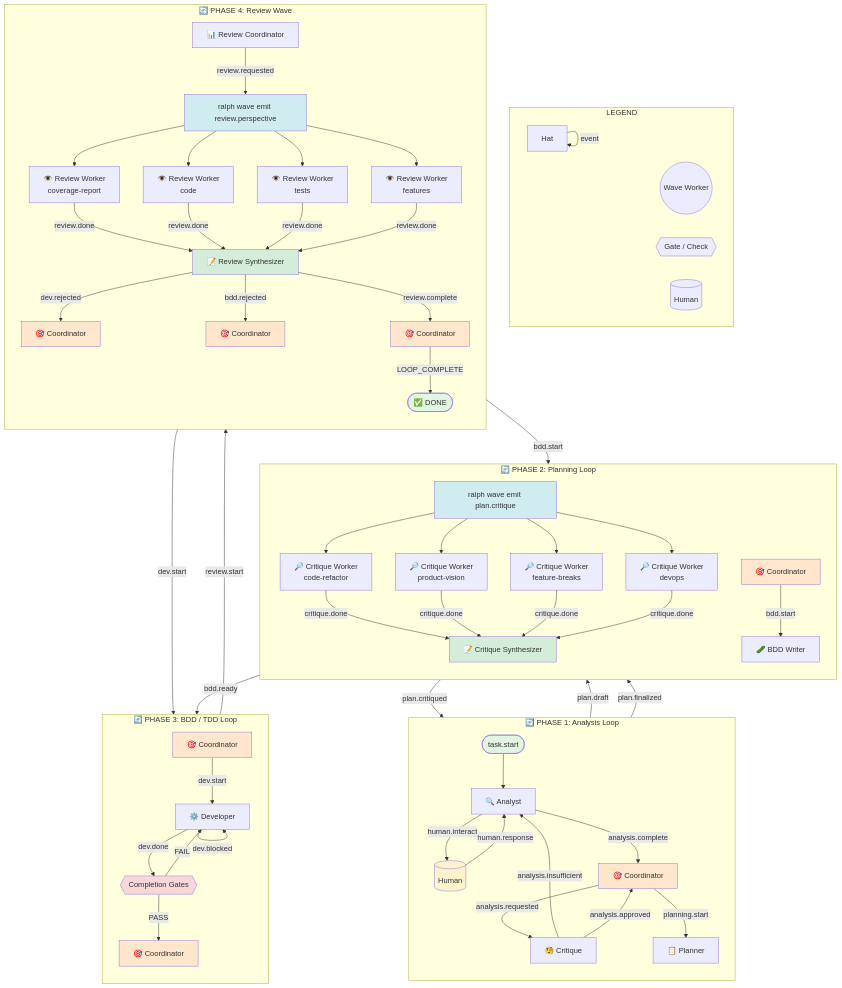
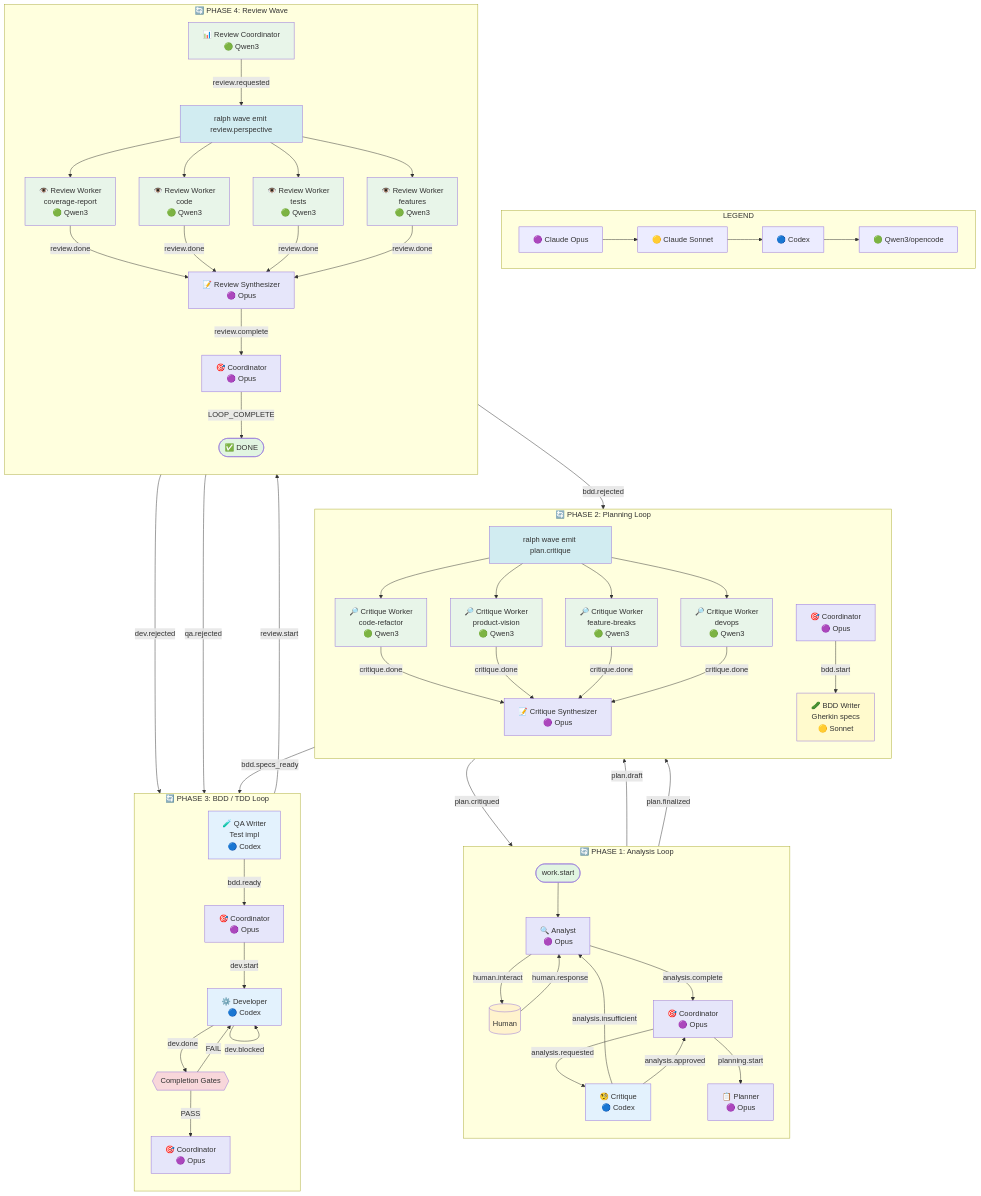
Before and after one commit to zsedem/ulf-orchestrator: the diagram in presets/enterprise-dev-pipeline-graph.md, drawn with Mermaid. The commit also changed other lines of this file, not shown here.

Commit message:
docs(presets): update Enterprise Dev Pipeline graph with backends
- Add backend legend (Opus, Sonnet, Codex, Qwen3)
- Color-code all hats by backend in Mermaid diagram
- Show BDD Writer → QA Writer split with bdd.specs_ready event
- Update rejection routing: dev.rejected → Developer, qa.rejected → QA Writer, bdd.rejected → BDD Writer
- Add Backend Call Estimate table
- Update Loops Summary, Event Flow, and Coordinator Routing tables

````diff
--- a/presets/enterprise-dev-pipeline-graph.md
+++ b/presets/enterprise-dev-pipeline-graph.md
@@ -4,19 +13,18 @@
 flowchart TD
     subgraph LEGEND
         direction LR
-        H[Hat] -->|event| H
-        W((Wave Worker))
-        G{{Gate / Check}}
-        HU[(Human)]
+        OPUS["🟣 Claude Opus"] --> SONNET["🟡 Claude Sonnet"]
+        SONNET --> CODEX["🔵 Codex"]
+        CODEX --> QWEN3["🟢 Qwen3/opencode"]
     end
 
     subgraph PHASE1["🔄 PHASE 1: Analysis Loop"]
         direction TB
-        START([task.start]) --> ANALYST["🔍 Analyst"]
+        START([work.start]) --> ANALYST["🔍 Analyst<br/>🟣 Opus"]
         ANALYST -->|human.interact| HU1[(Human)]
         HU1 -->|human.response| ANALYST
-        ANALYST -->|analysis.complete| COORD1["🎯 Coordinator"]
-        COORD1 -->|analysis.requested| CRITIQUE["🧐 Critique"]
+        ANALYST -->|analysis.complete| COORD1["🎯 Coordinator<br/>🟣 Opus"]
+        COORD1 -->|analysis.requested| CRITIQUE["🧐 Critique<br/>🔵 Codex"]
         CRITIQUE -->|analysis.insufficient| ANALYST
         CRITIQUE -->|analysis.approved| COORD1
         COORD1 -->|planning.start| PLANNER
@@ -24,53 +32,53 @@
 
     subgraph PHASE2["🔄 PHASE 2: Planning Loop"]
         direction TB
-        PLANNER["📋 Planner"] -->|plan.draft| WAVE_DISPATCH1["ralph wave emit plan.critique"]
-        WAVE_DISPATCH1 --> CW1["🔎 Critique Worker<br/>code-refactor"]
-        WAVE_DISPATCH1 --> CW2["🔎 Critique Worker<br/>product-vision"]
-        WAVE_DISPATCH1 --> CW3["🔎 Critique Worker<br/>feature-breaks"]
-        WAVE_DISPATCH1 --> CW4["🔎 Critique Worker<br/>devops"]
+        PLANNER["📋 Planner<br/>🟣 Opus"] -->|plan.draft| WAVE_DISPATCH1["ralph wave emit plan.critique"]
+        WAVE_DISPATCH1 --> CW1["🔎 Critique Worker<br/>code-refactor<br/>🟢 Qwen3"]
+        WAVE_DISPATCH1 --> CW2["🔎 Critique Worker<br/>product-vision<br/>🟢 Qwen3"]
+        WAVE_DISPATCH1 --> CW3["🔎 Critique Worker<br/>feature-breaks<br/>🟢 Qwen3"]
+        WAVE_DISPATCH1 --> CW4["🔎 Critique Worker<br/>devops<br/>🟢 Qwen3"]
 
-        CW1 -->|critique.done| SYNTH1["📝 Critique Synthesizer"]
+        CW1 -->|critique.done| SYNTH1["📝 Critique Synthesizer<br/>🟣 Opus"]
         CW2 -->|critique.done| SYNTH1
         CW3 -->|critique.done| SYNTH1
         CW4 -->|critique.done| SYNTH1
 
         SYNTH1 -->|plan.critiqued| PLANNER
-        PLANNER -->|plan.finalized| COORD2["🎯 Coordinator"]
+        PLANNER -->|plan.finalized| COORD2["🎯 Coordinator<br/>🟣 Opus"]
         COORD2 -->|bdd.start| BDD_WRITER
     end
 
     subgraph PHASE3["🔄 PHASE 3: BDD / TDD Loop"]
         direction TB
-        BDD_WRITER["🥒 BDD Writer"] -->|bdd.ready| COORD3["🎯 Coordinator"]
-        COORD3 -->|dev.start| DEVELOPER["⚙️ Developer"]
+        BDD_WRITER["🥒 BDD Writer<br/>Gherkin specs<br/>🟡 Sonnet"] -->|bdd.specs_ready| QA_WRITER["🧪 QA Writer<br/>Test impl<br/>🔵 Codex"]
+        QA_WRITER -->|bdd.ready| COORD3["🎯 Coordinator<br/>🟣 Opus"]
+        COORD3 -->|dev.start| DEVELOPER["⚙️ Developer<br/>🔵 Codex"]
         DEVELOPER -->|dev.done| GATES{{Completion Gates}}
         GATES -->|FAIL| DEVELOPER
-        GATES -->|PASS| COORD4["🎯 Coordinator"]
+        GATES -->|PASS| COORD4["🎯 Coordinator<br/>🟣 Opus"]
         DEVELOPER -->|dev.blocked| DEVELOPER
     end
 
     subgraph PHASE4["🔄 PHASE 4: Review Wave"]
         direction TB
-        COORD4 -->|review.start| REVIEW_COORD["📊 Review Coordinator"]
+        COORD4 -->|review.start| REVIEW_COORD["📊 Review Coordinator<br/>🟢 Qwen3"]
         REVIEW_COORD -->|review.requested| WAVE_DISPATCH2["ralph wave emit review.perspective"]
-        WAVE_DISPATCH2 --> RW1["👁️ Review Worker<br/>coverage-report"]
-        WAVE_DISPATCH2 --> RW2["👁️ Review Worker<br/>code"]
-        WAVE_DISPATCH2 --> RW3["👁️ Review Worker<br/>tests"]
-        WAVE_DISPATCH2 --> RW4["👁️ Review Worker<br/>features"]
+        WAVE_DISPATCH2 --> RW1["👁️ Review Worker<br/>coverage-report<br/>🟢 Qwen3"]
+        WAVE_DISPATCH2 --> RW2["👁️ Review Worker<br/>code<br/>🟢 Qwen3"]
+        WAVE_DISPATCH2 --> RW3["👁️ Review Worker<br/>tests<br/>🟢 Qwen3"]
+        WAVE_DISPATCH2 --> RW4["👁️ Review Worker<br/>features<br/>🟢 Qwen3"]
 
-        RW1 -->|review.done| SYNTH2["📝 Review Synthesizer"]
+        RW1 -->|review.done| SYNTH2["📝 Review Synthesizer<br/>🟣 Opus"]
         RW2 -->|review.done| SYNTH2
         RW3 -->|review.done| SYNTH2
         RW4 -->|review.done| SYNTH2
 
-        SYNTH2 -->|dev.rejected| COORD5["🎯 Coordinator"]
-        SYNTH2 -->|bdd.rejected| COORD6["🎯 Coordinator"]
-        SYNTH2 -->|review.complete| COORD7["🎯 Coordinator"]
+        SYNTH2 -->|dev.rejected| DEVELOPER
+        SYNTH2 -->|qa.rejected| QA_WRITER
+        SYNTH2 -->|bdd.rejected| BDD_WRITER
+        SYNTH2 -->|review.complete| COORD5["🎯 Coordinator<br/>🟣 Opus"]
 
-        COORD5 -->|dev.start| DEVELOPER
-        COORD6 -->|bdd.start| BDD_WRITER
-        COORD7 -->|LOOP_COMPLETE| END([✅ DONE])
+        COORD5 -->|LOOP_COMPLETE| END([✅ DONE])
     end
 
     style START fill:#e1f5e1
@@ -81,11 +89,30 @@
     style WAVE_DISPATCH2 fill:#d1ecf1
     style SYNTH1 fill:#d4edda
     style SYNTH2 fill:#d4edda
-    style COORD1 fill:#ffe6cc
-    style COORD2 fill:#ffe6cc
-    style COORD3 fill:#ffe6cc
-    style COORD4 fill:#ffe6cc
-    style COORD5 fill:#ffe6cc
-    style COORD6 fill:#ffe6cc
-    style COORD7 fill:#ffe6cc
+
+    style ANALYST fill:#e6e6fa
+    style COORD1 fill:#e6e6fa
+    style COORD2 fill:#e6e6fa
+    style COORD3 fill:#e6e6fa
+    style COORD4 fill:#e6e6fa
+    style COORD5 fill:#e6e6fa
+    style PLANNER fill:#e6e6fa
+    style SYNTH1 fill:#e6e6fa
+    style SYNTH2 fill:#e6e6fa
+
+    style BDD_WRITER fill:#fffacd
+
+    style CRITIQUE fill:#e3f2fd
+    style QA_WRITER fill:#e3f2fd
+    style DEVELOPER fill:#e3f2fd
+
+    style CW1 fill:#e8f5e9
+    style CW2 fill:#e8f5e9
+    style CW3 fill:#e8f5e9
+    style CW4 fill:#e8f5e9
+    style REVIEW_COORD fill:#e8f5e9
+    style RW1 fill:#e8f5e9
+    style RW2 fill:#e8f5e9
+    style RW3 fill:#e8f5e9
+    style RW4 fill:#e8f5e9
 ```
````
